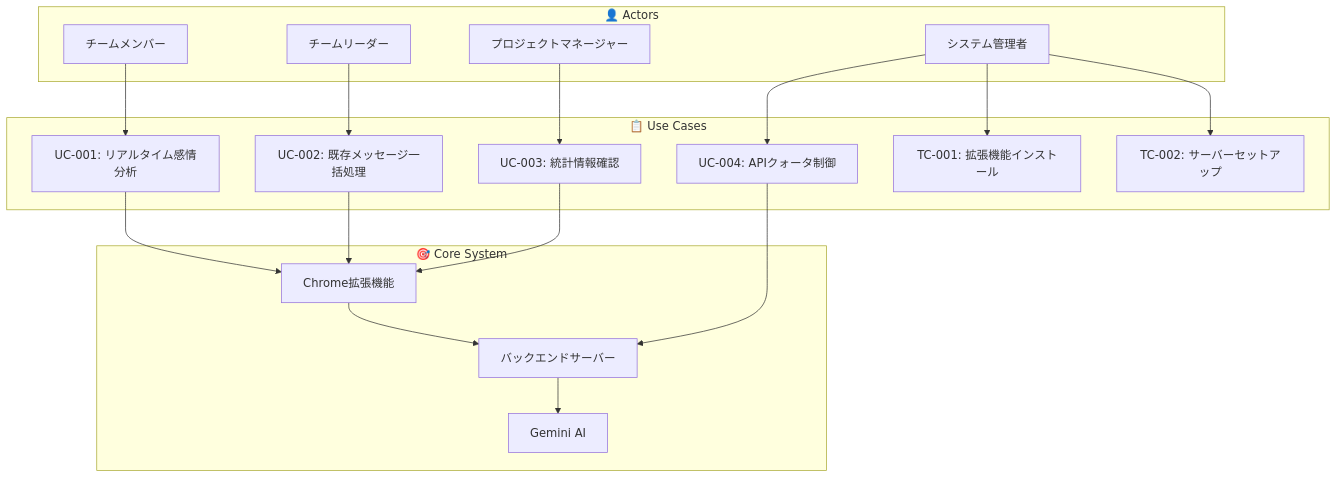
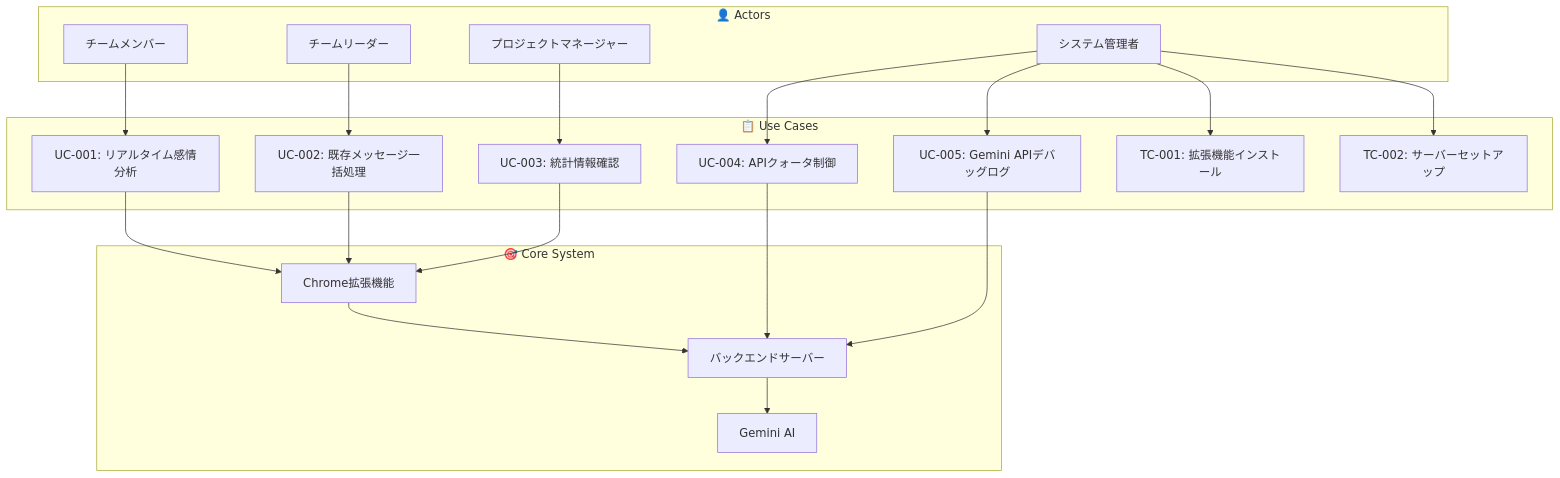
The first of 8 diagrams in docs/docs/USECASE_DIAGRAMS.md (dyamada-jaki/chat-analyzer), drawn with Mermaid before and after one commit. The commit also changed other lines of this file and 8 other files, not shown here.

````diff
--- a/docs/docs/USECASE_DIAGRAMS.md
+++ b/docs/docs/USECASE_DIAGRAMS.md
@@ -5,38 +5,41 @@
 ```mermaid
 graph TB
     subgraph "👤 Actors"
         TM[チームメンバー]
         TL[チームリーダー]
         PM[プロジェクトマネージャー]
         SA[システム管理者]
     end
     
     subgraph "🎯 Core System"
         CE[Chrome拡張機能]
         BE[バックエンドサーバー]
         AI[Gemini AI]
     end
     
     subgraph "📋 Use Cases"
         UC1[UC-001: リアルタイム感情分析]
         UC2[UC-002: 既存メッセージ一括処理]
         UC3[UC-003: 統計情報確認]
         UC4[UC-004: APIクォータ制御]
+        UC5[UC-005: Gemini APIデバッグログ]
         TC1[TC-001: 拡張機能インストール]
         TC2[TC-002: サーバーセットアップ]
     end
     
     TM --> UC1
     TL --> UC2
     PM --> UC3
     SA --> UC4
+    SA --> UC5
     SA --> TC1
     SA --> TC2
     
     UC1 --> CE
     UC2 --> CE
     UC3 --> CE
     UC4 --> BE
+    UC5 --> BE
     CE --> BE
     BE --> AI
 ```
````
